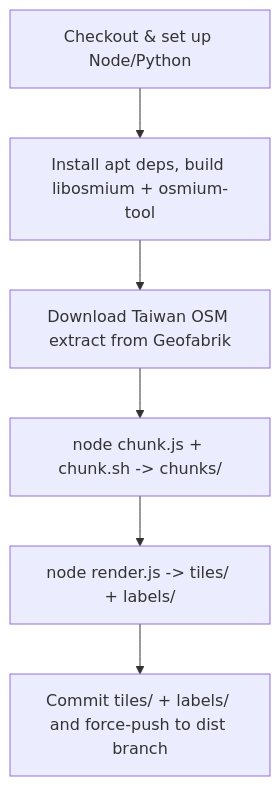
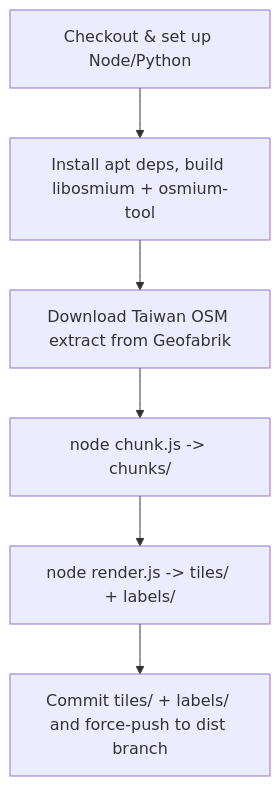
One commit to EricHsia7/bus-map changed the diagram in README.md. Above: the diagram before and after it, drawn with Mermaid. The commit also changed other lines of this file and 6 other files, not shown here.

````diff
--- a/README.md
+++ b/README.md
@@ -24,8 +24,8 @@
 ```mermaid
 flowchart TD
     A[Checkout & set up Node/Python] --> B[Install apt deps, build libosmium + osmium-tool]
     B --> C[Download Taiwan OSM extract from Geofabrik]
-    C --> D[node chunk.js + chunk.sh -> chunks/]
+    C --> D[node chunk.js -> chunks/]
     D --> E[node render.js -> tiles/ + labels/]
     E --> F[Commit tiles/ + labels/ and force-push to dist branch]
 ```
````
